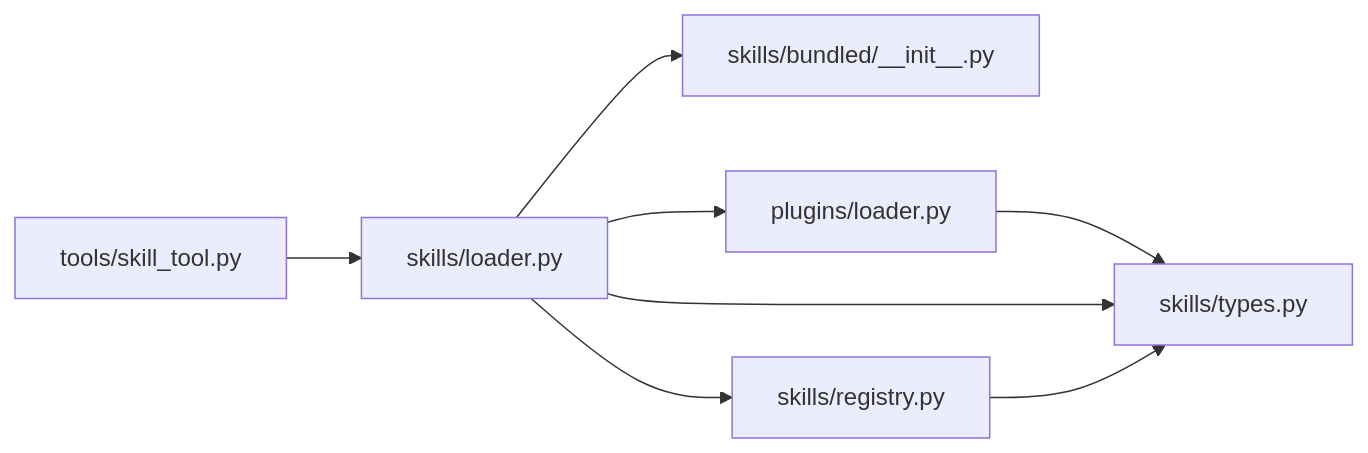
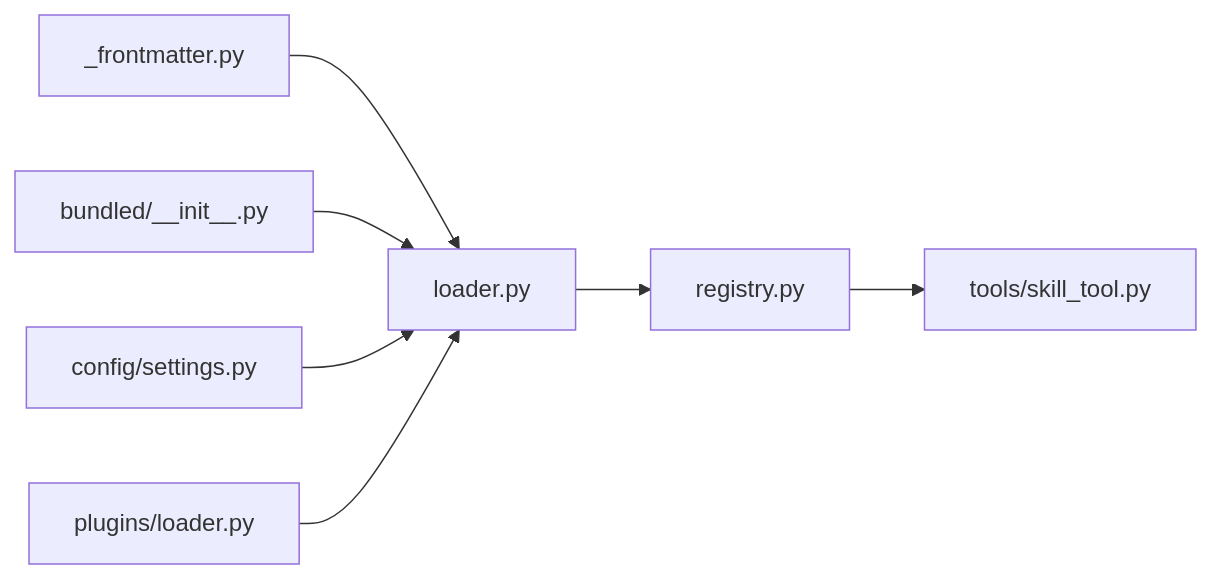
One commit to haolange/OpenHarness changed the sixth of 6 diagrams in .qoder/repowiki/zh/content/技能系统/技能系统.md. Above: the diagram before and after it, drawn with Mermaid. The commit also changed other lines of this file and 222 other files, not shown here.

````diff
--- a/.qoder/repowiki/zh/content/技能系统/技能系统.md
+++ b/.qoder/repowiki/zh/content/技能系统/技能系统.md
@@ -251,10 +249,9 @@
 ```mermaid
 graph LR
-Loader["skills/loader.py"] --> Bundled["skills/bundled/__init__.py"]
-Loader --> Registry["skills/registry.py"]
-Loader --> Plugins["plugins/loader.py"]
-Tools["tools/skill_tool.py"] --> Loader
-Plugins --> Types["skills/types.py"]
-Loader --> Types
-Registry --> Types
+FM["_frontmatter.py"] --> LD["loader.py"]
+BD["bundled/__init__.py"] --> LD
+CFG["config/settings.py"] --> LD
+PLG["plugins/loader.py"] --> LD
+LD --> REG["registry.py"]
+REG --> TT["tools/skill_tool.py"]
 ```
````
